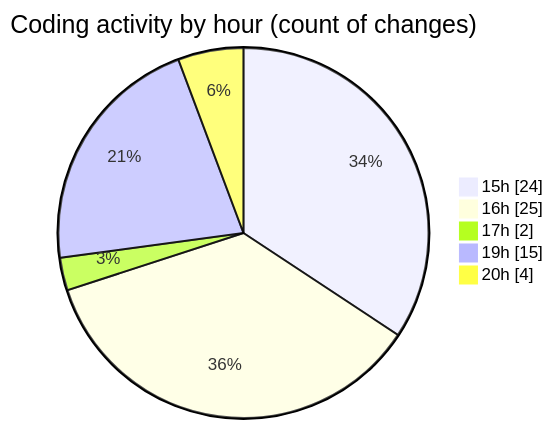
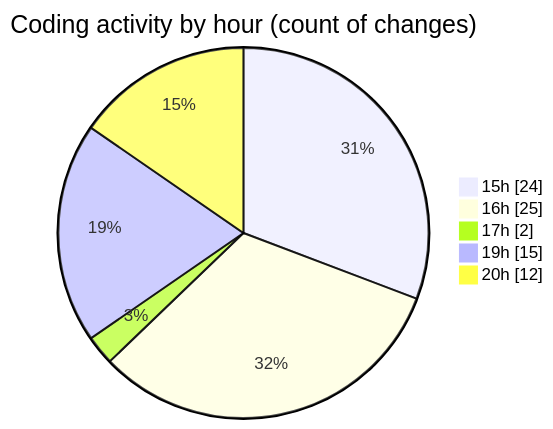
The second of 2 diagrams in 2025-07-31/tw-server/README.md (EIIisD/code-tracking), drawn with Mermaid before and after one commit. The commit also changed other lines of this file and 1 other file, not shown here.

````diff
--- a/2025-07-31/tw-server/README.md
+++ b/2025-07-31/tw-server/README.md
@@ -43,9 +43,9 @@
 ```mermaid
 pie showData
 title Coding activity by hour (count of changes)
 "15h" : 24
 "16h" : 25
 "17h" : 2
 "19h" : 15
-"20h" : 4
+"20h" : 12
 ```
````
